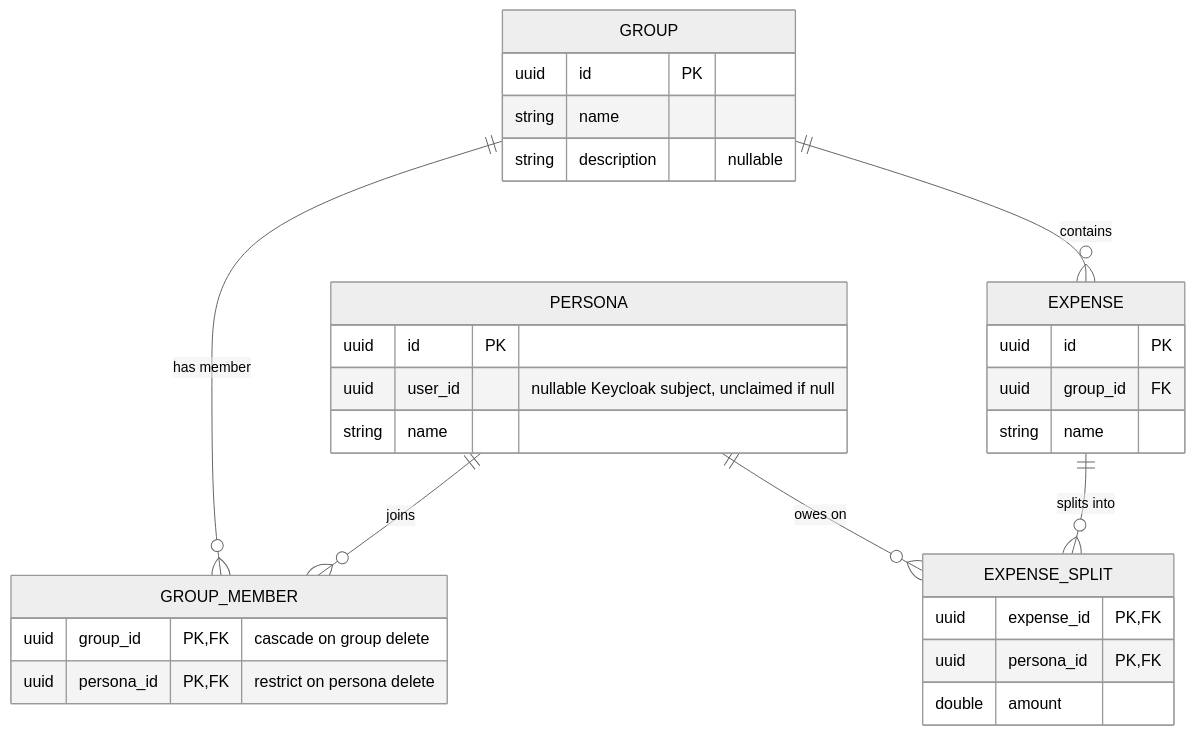
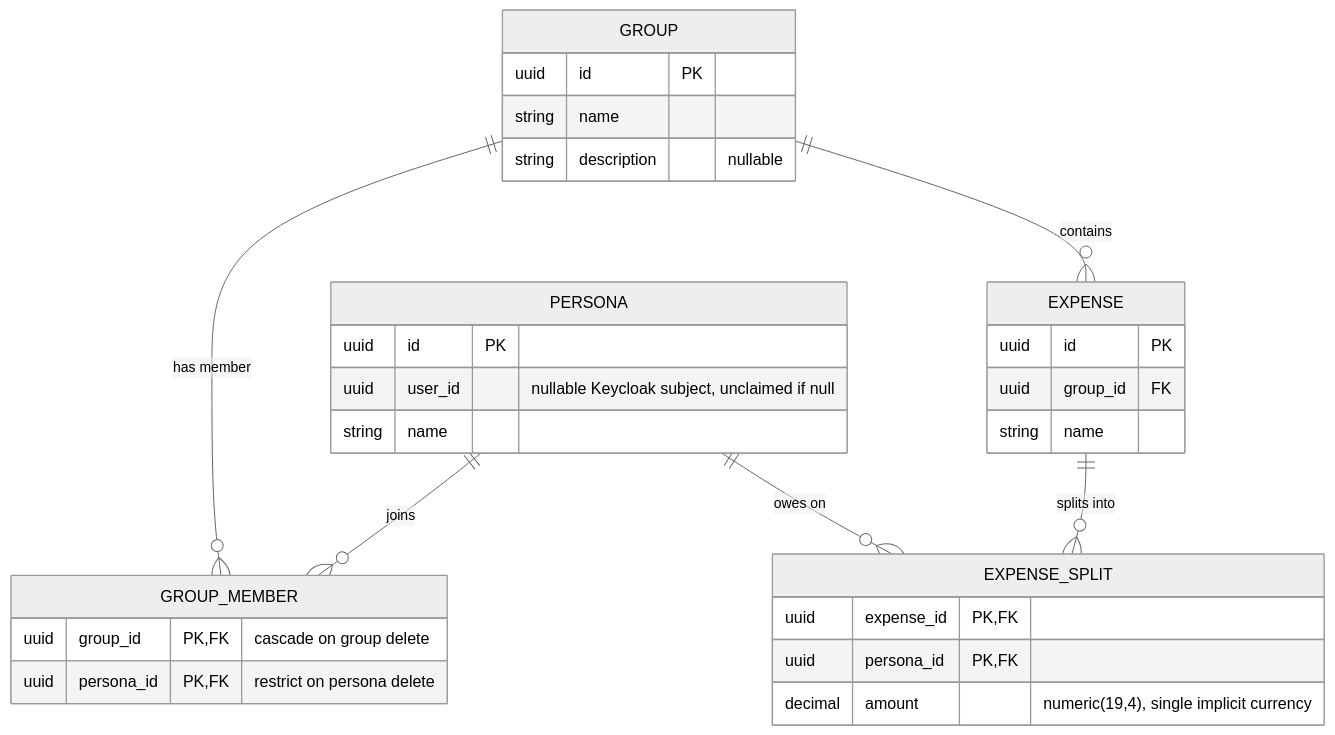
The diagram in api/docs/domain.MD (MrD4rkne/oweme-ecosystem), drawn with Mermaid (neutral theme) before and after one commit. The commit also changed 8 other files, not shown here.

Commit message:
refactor: change Amount type from double to decimal

````diff
--- a/api/docs/domain.MD
+++ b/api/docs/domain.MD
@@ -1,33 +1,33 @@
 ```mermaid
 erDiagram
     PERSONA ||--o{ GROUP_MEMBER: "joins"
     GROUP ||--o{ GROUP_MEMBER: "has member"
     GROUP ||--o{ EXPENSE: "contains"
     EXPENSE ||--o{ EXPENSE_SPLIT: "splits into"
     PERSONA ||--o{ EXPENSE_SPLIT: "owes on"
 
     PERSONA {
         uuid id PK
         uuid user_id "nullable Keycloak subject, unclaimed if null"
         string name
     }
     GROUP {
         uuid id PK
         string name
         string description "nullable"
     }
     GROUP_MEMBER {
         uuid group_id PK,FK "cascade on group delete"
         uuid persona_id PK,FK "restrict on persona delete"
     }
     EXPENSE {
         uuid id PK
         uuid group_id FK
         string name
     }
     EXPENSE_SPLIT {
         uuid expense_id PK,FK
         uuid persona_id PK,FK
-        double amount
+        decimal amount "numeric(19,4), single implicit currency"
     }
 ```
````
